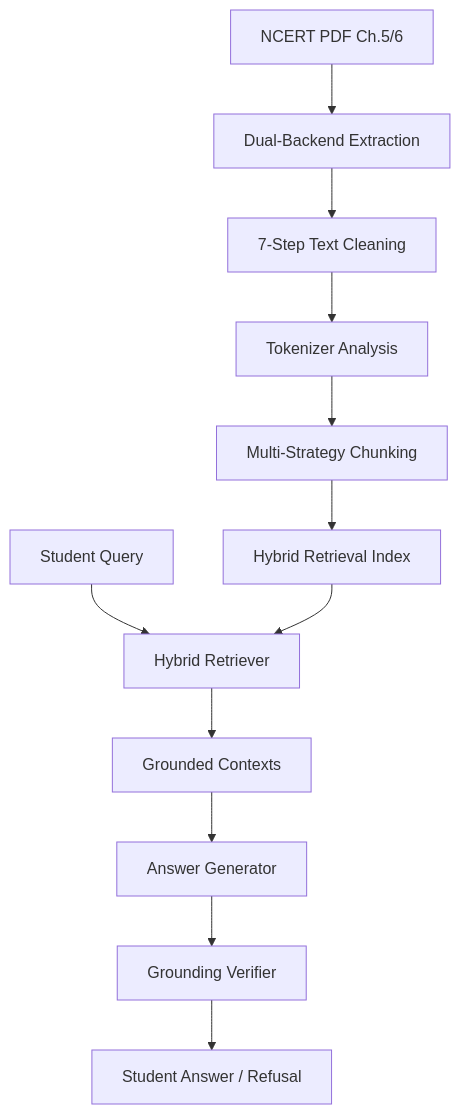
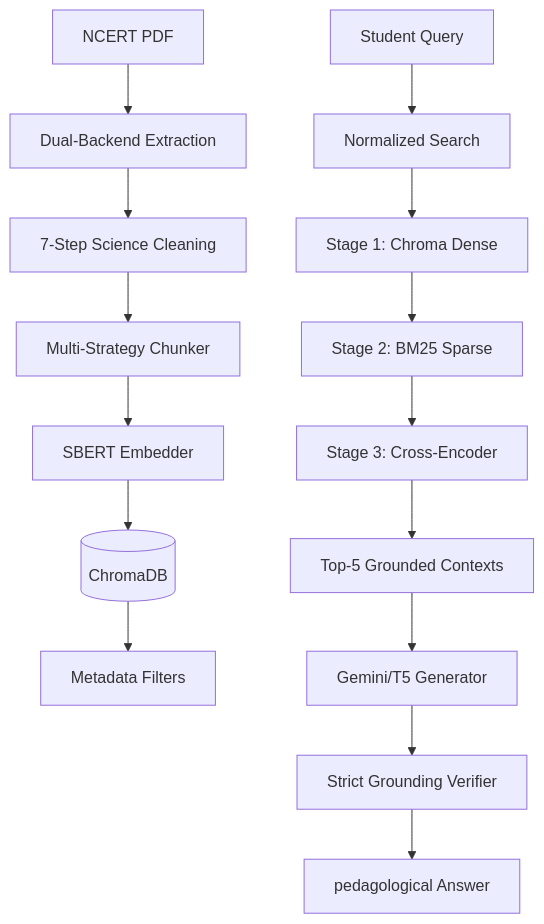
Before and after one commit to Avichatt/-week09-student-project-parishiksha: the diagram in README.md, drawn with Mermaid. The commit also changed other lines of this file and 12 other files, not shown here.

Commit message:
Industrial upgrade: Fixed hybrid retrieval bugs, expanded eval set to 20 questions, and added detailed evaluation report

````diff
--- a/README.md
+++ b/README.md
@@ -21,15 +25,20 @@
 ```mermaid
 graph TD
-    A[NCERT PDF Ch.5/6] --> B[Dual-Backend Extraction]
-    B --> C[7-Step Text Cleaning]
-    C --> D[Tokenizer Analysis]
-    D --> E[Multi-Strategy Chunking]
-    E --> F[Hybrid Retrieval Index]
+    A[NCERT PDF] --> B[Dual-Backend Extraction]
+    B --> C[7-Step Science Cleaning]
+    C --> D[Multi-Strategy Chunker]
+    D --> E[SBERT Embedder]
     
-    G[Student Query] --> H[Hybrid Retriever]
-    F --> H
-    H --> I[Grounded Contexts]
-    I --> J[Answer Generator]
-    J --> K[Grounding Verifier]
-    K --> L[Student Answer / Refusal]
+    E --> F[(ChromaDB)]
+    F --> G[Metadata Filters]
+    
+    H[Student Query] --> I[Normalized Search]
+    I --> J[Stage 1: Chroma Dense]
+    J --> K[Stage 2: BM25 Sparse]
+    K --> L[Stage 3: Cross-Encoder]
+    
+    L --> M[Top-5 Grounded Contexts]
+    M --> N[Gemini/T5 Generator]
+    N --> O[Strict Grounding Verifier]
+    O --> P[ pedagological Answer]
 ```
````
